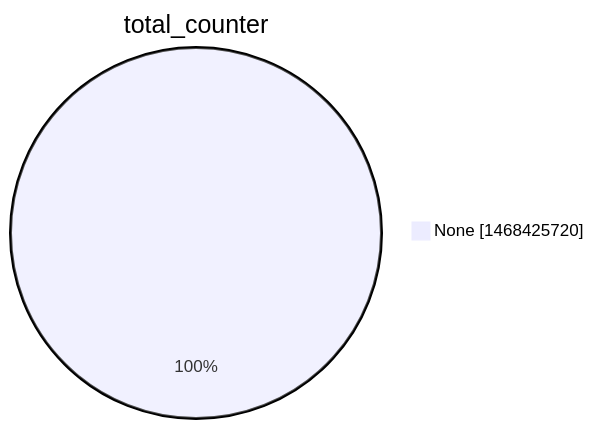
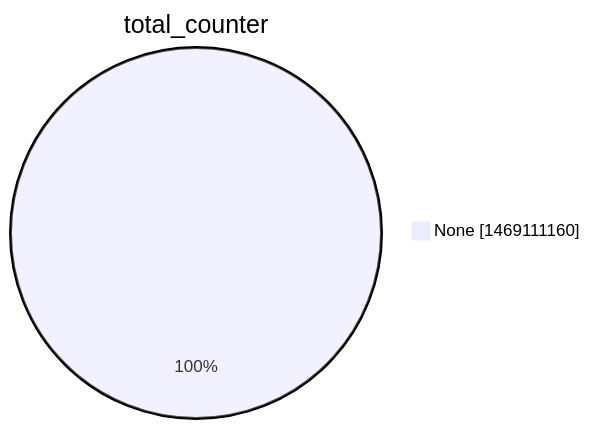
Before and after one commit to christiankrug/ctmonitor_visualization: the second of 15 diagrams in argon2022/README.md, drawn with Mermaid. The commit also changed other lines of this file, not shown here.

````diff
--- a/argon2022/README.md
+++ b/argon2022/README.md
@@ -9,5 +9,5 @@
 ```mermaid
 pie showData
 title total_counter
-"None" :1468425720
+"None" :1469111160
 ```
````
